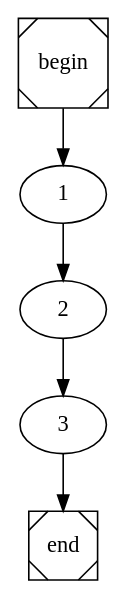
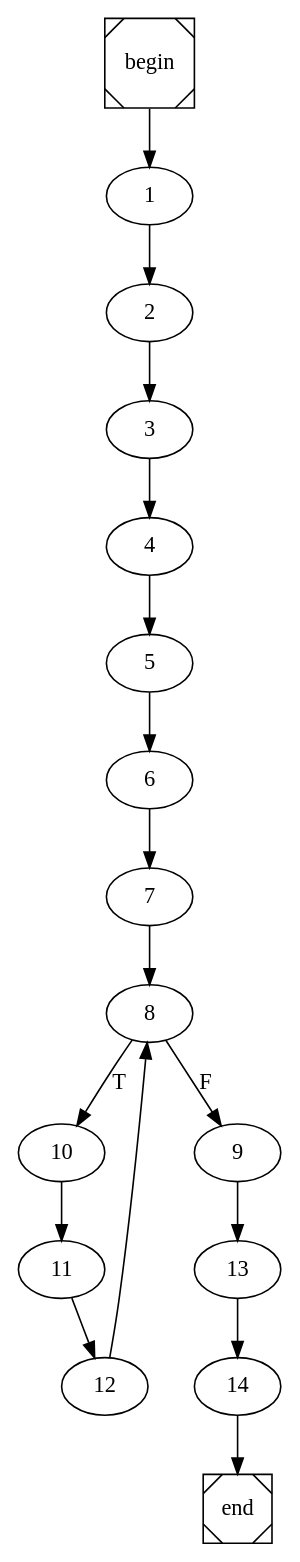
One commit to pedrojfs17/FEUP-COMP changed the diagram in main.dot. Above: the diagram before and after it, drawn with Graphviz. The commit also changed 1 other file, not shown here.

```diff
--- a/main.dot
+++ b/main.dot
@@ -1,4 +1,4 @@
 digraph cfg {
 	begin [shape=Msquare];
 	end [shape=Msquare];
-	begin -> 1;	1 -> 2;	2 -> 3;	3 -> end;}
+	begin -> 1;	1 -> 2;	2 -> 3;	3 -> 4;	4 -> 5;	5 -> 6;	6 -> 7;	7 -> 8;	8 -> 10[label=T];	8 -> 9[label=F];	9 -> 13;	10 -> 11;	11 -> 12;	12 -> 8;	13 -> 14;	14 -> end;}
```
